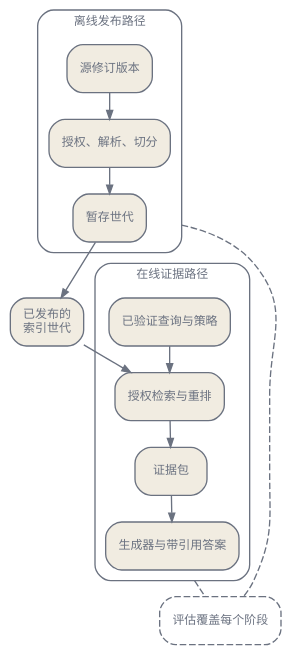
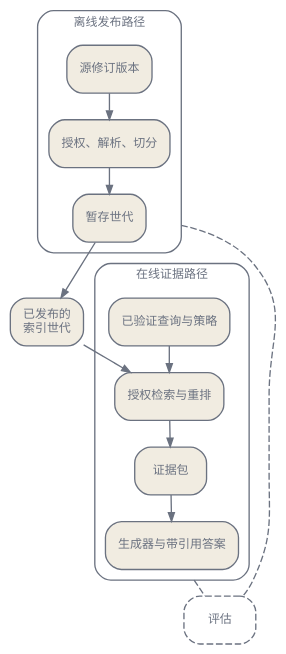
One commit to latere-ai/ai-as-an-infrastructure changed the first of 3 diagrams in zh/practice/06-retrieval-and-documents.qmd. Above: the diagram before and after it, drawn with Graphviz. The commit also changed 1 other file, not shown here.

Commit message:
practice: shorter evaluation node in the retrieval release diagram

````diff
--- a/zh/practice/06-retrieval-and-documents.qmd
+++ b/zh/practice/06-retrieval-and-documents.qmd
@@ -18,34 +18,34 @@
 ```{dot}
 //| label: fig-retrieval-pipeline
 //| fig-cap: "一项检索发布包含离线发布路径和经过授权的在线证据路径。"
 digraph {
   bgcolor="transparent";
   rankdir=TB;
   graph [nodesep=0.18, ranksep=0.28];
   node [shape=box, style="rounded,filled", fontname="Helvetica", fontsize=9,
         color="#6b7280", fontcolor="#6b7280", fillcolor="#f1ece1",
         penwidth=1.0, margin="0.12,0.08"];
   edge [color="#6b7280", arrowsize=0.65];
   compound=true;
   subgraph cluster_offline {
     label="离线发布路径"; style=rounded; color="#6b7280"; fontcolor="#6b7280"; fontname="Helvetica"; fontsize=9;
     S [label="源修订版本"];
     I [label="授权、解析、切分"];
     P [label="暂存世代"];
     S -> I -> P;
   }
   G [label="已发布的\n索引世代"];
   subgraph cluster_online {
     label="在线证据路径"; style=rounded; color="#6b7280"; fontcolor="#6b7280"; fontname="Helvetica"; fontsize=9;
     Q [label="已验证查询与策略"];
     R [label="授权检索与重排"];
     E [label="证据包"];
     A [label="生成器与带引用答案"];
     Q -> R -> E -> A;
   }
-  V [label="评估覆盖每个阶段", style="rounded,dashed"];
+  V [label="评估", style="rounded,dashed"];
   P -> G -> R;
   P -> V [ltail=cluster_offline, style=dashed, arrowhead=none];
   A -> V [ltail=cluster_online, style=dashed, arrowhead=none];
 }
 ```
````
